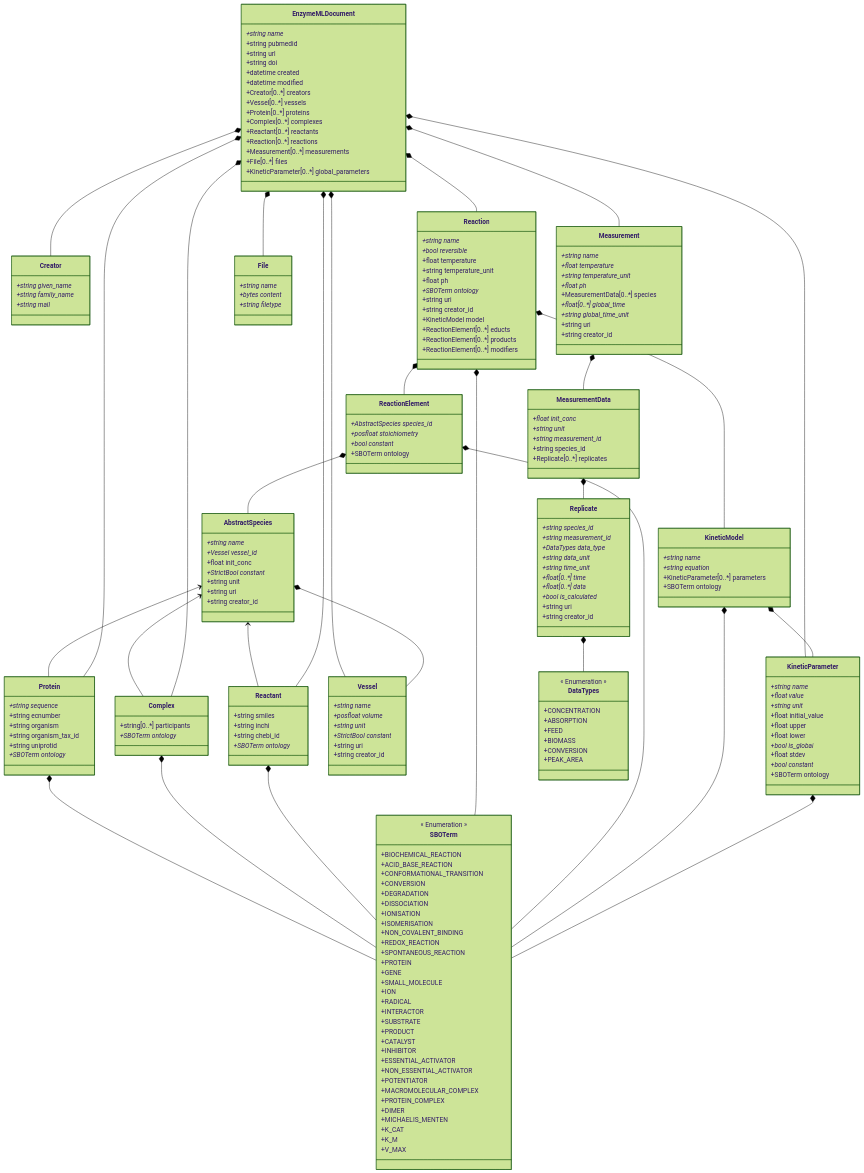
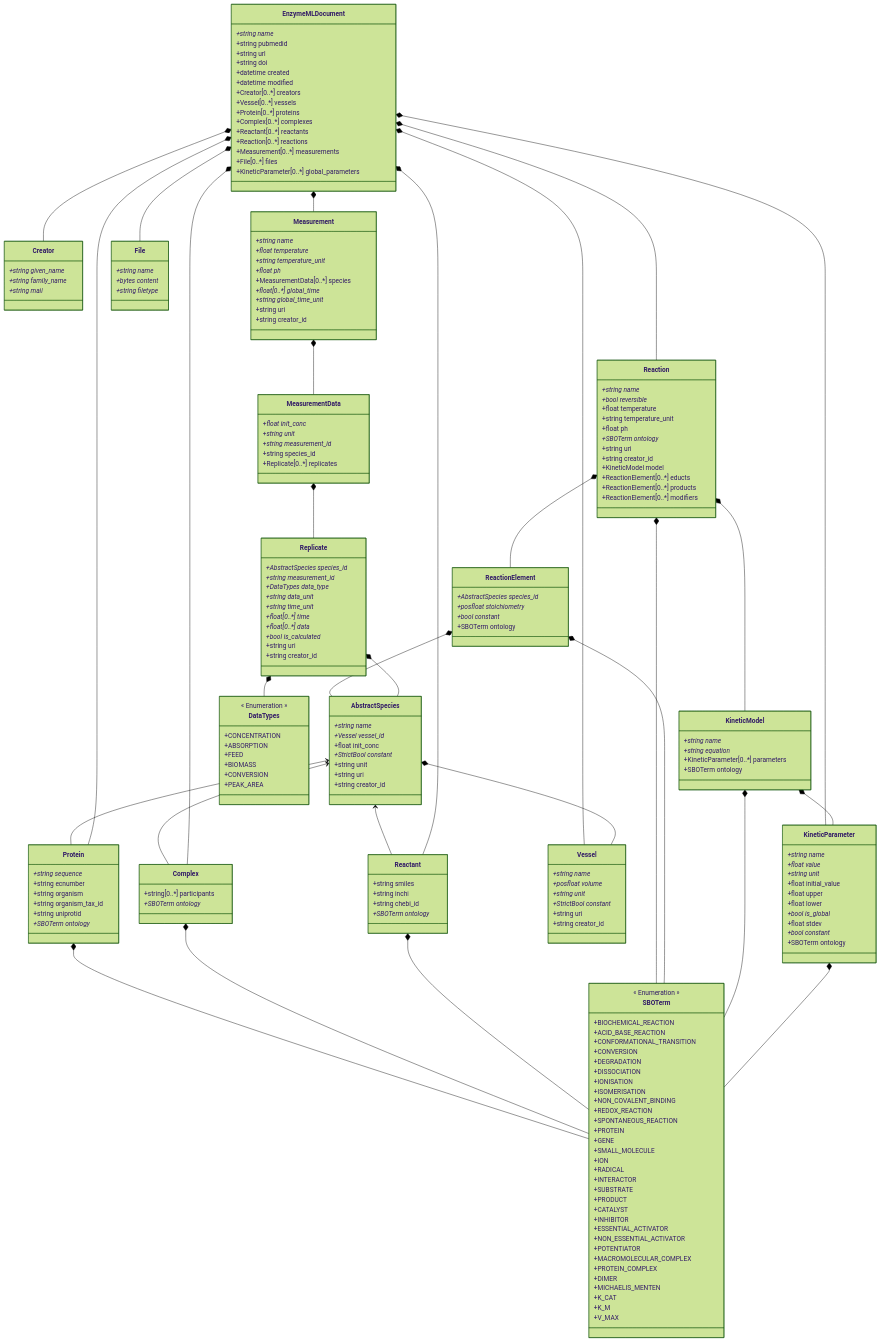
Before and after one commit to EnzymeML/enzymeml-specifications: the diagram in PyEnzyme/schemes/pyenzyme_schema.md, drawn with Mermaid (forest theme). The commit also changed 16 other files, not shown here.

```diff
--- a/PyEnzyme/schemes/pyenzyme_schema.md
+++ b/PyEnzyme/schemes/pyenzyme_schema.md
@@ -27,6 +27,7 @@
     Measurement *-- MeasurementData
     MeasurementData *-- Replicate
     Replicate *-- DataTypes
+    Replicate *-- AbstractSpecies
     
     class EnzymeMLDocument {
         +string name*
@@ -155,7 +156,7 @@
     }
     
     class Replicate {
-        +string species_id*
+        +AbstractSpecies species_id*
         +string measurement_id*
         +DataTypes data_type*
         +string data_unit*
```
